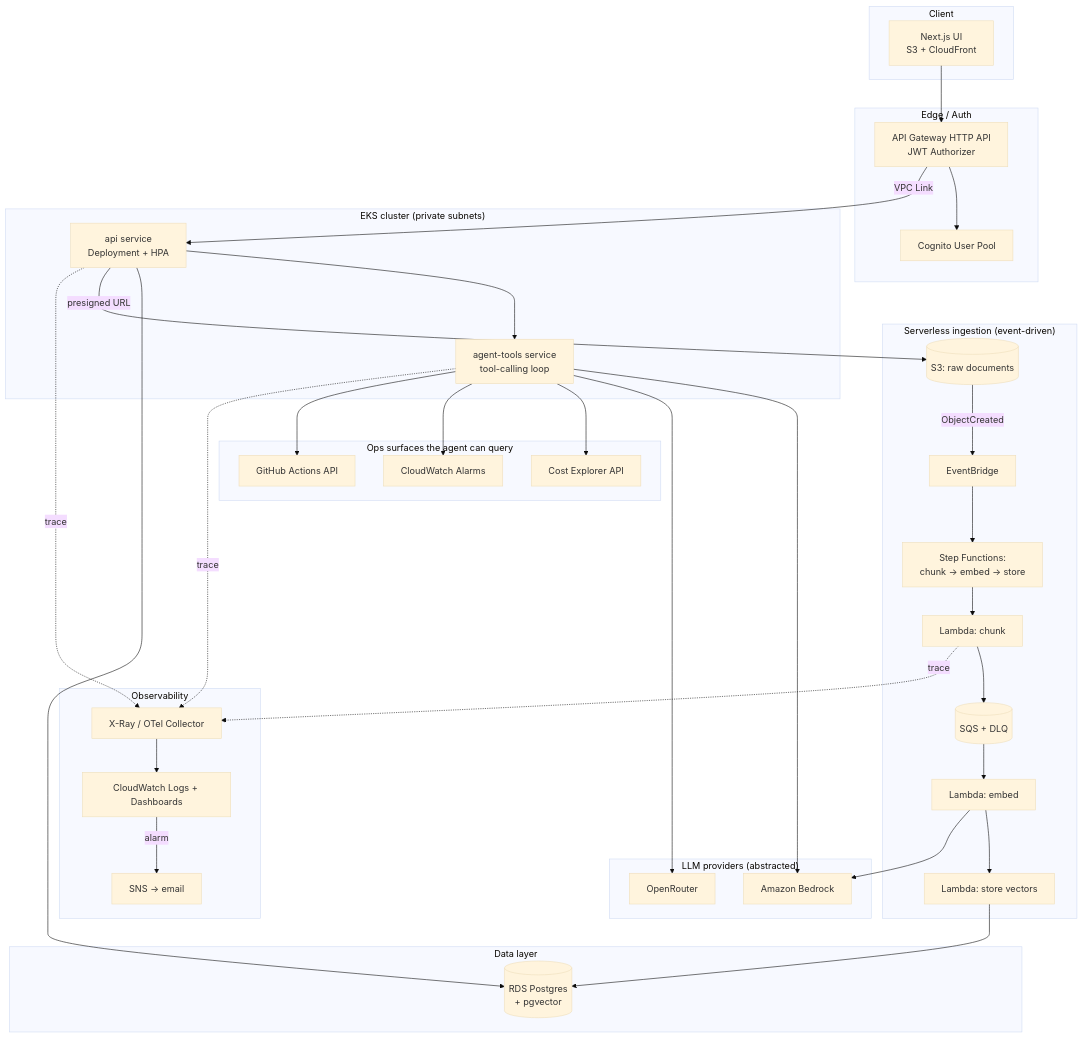
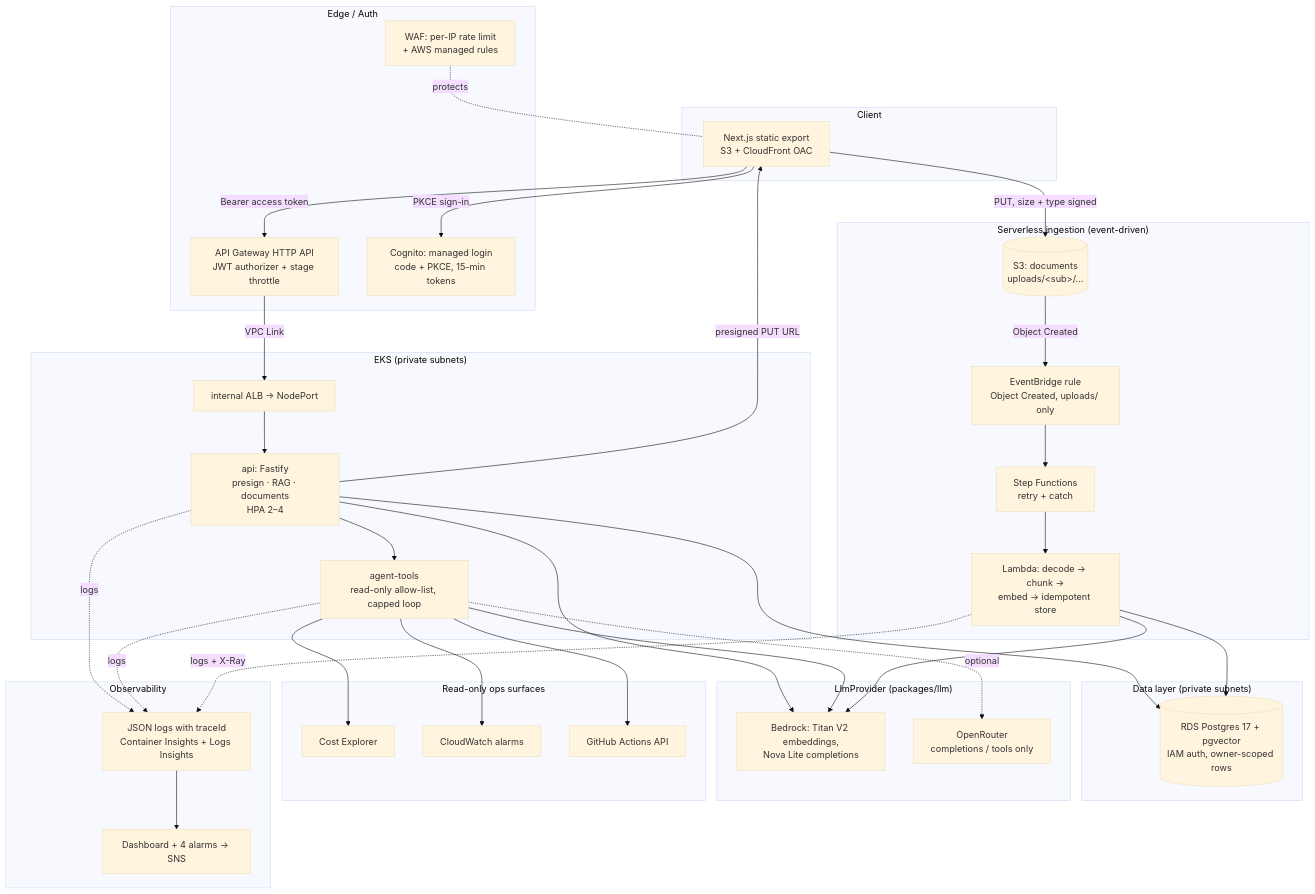
One commit to nephast/compass changed the diagram in docs/ARCHITECTURE.md. Above: the diagram before and after it, drawn with Mermaid (base theme). The commit also changed other lines of this file and 20 other files, not shown here.

First line of the commit message:
docs: scaling, runbooks, IAM audit, cost report, teardown verification (COMPASS-29, 31, 33, 34, 35, 37, 38, 39, #53)

````diff
--- a/docs/ARCHITECTURE.md
+++ b/docs/ARCHITECTURE.md
@@ -5,70 +5,68 @@
 ```mermaid
 flowchart TB
     subgraph Client
-        FE[Next.js UI<br/>S3 + CloudFront]
+        FE[Next.js static export<br/>S3 + CloudFront OAC]
     end
 
     subgraph Edge["Edge / Auth"]
-        APIGW[API Gateway HTTP API<br/>JWT Authorizer]
-        COGNITO[Cognito User Pool]
+        WAF[WAF: per-IP rate limit<br/>+ AWS managed rules]
+        APIGW[API Gateway HTTP API<br/>JWT authorizer + stage throttle]
+        COGNITO[Cognito: managed login<br/>code + PKCE, 15-min tokens]
     end
 
     subgraph Ingestion["Serverless ingestion (event-driven)"]
-        S3DOCS[(S3: raw documents)]
-        EB[EventBridge]
-        SFN[Step Functions:<br/>chunk → embed → store]
-        SQS[(SQS + DLQ)]
-        LCHUNK[Lambda: chunk]
-        LEMBED[Lambda: embed]
-        LSTORE[Lambda: store vectors]
+        S3DOCS[(S3: documents<br/>uploads/&lt;sub&gt;/...)]
+        EB[EventBridge rule<br/>Object Created, uploads/ only]
+        SFN[Step Functions<br/>retry + catch]
+        LINGEST[Lambda: decode → chunk →<br/>embed → idempotent store]
     end
 
-    subgraph Data["Data layer"]
-        RDS[(RDS Postgres<br/>+ pgvector)]
+    subgraph Data["Data layer (private subnets)"]
+        RDS[(RDS Postgres 17 + pgvector<br/>IAM auth, owner-scoped rows)]
     end
 
-    subgraph Compute["EKS cluster (private subnets)"]
-        API[api service<br/>Deployment + HPA]
-        AGENT[agent-tools service<br/>tool-calling loop]
+    subgraph Compute["EKS (private subnets)"]
+        ALB[internal ALB → NodePort]
+        API[api: Fastify<br/>presign · RAG · documents<br/>HPA 2–4]
+        AGENT[agent-tools<br/>read-only allow-list, capped loop]
     end
 
-    subgraph AI["LLM providers (abstracted)"]
-        BEDROCK[Amazon Bedrock]
-        OPENROUTER[OpenRouter]
+    subgraph AI["LlmProvider (packages/llm)"]
+        BEDROCK[Bedrock: Titan V2 embeddings,<br/>Nova Lite completions]
+        OPENROUTER[OpenRouter<br/>completions / tools only]
     end
 
-    subgraph Ops["Ops surfaces the agent can query"]
-        COST[Cost Explorer API]
-        CW[CloudWatch Alarms]
+    subgraph Ops["Read-only ops surfaces"]
+        COST[Cost Explorer]
+        CW[CloudWatch alarms]
         GHA[GitHub Actions API]
     end
 
     subgraph Observability
-        XRAY[X-Ray / OTel Collector]
-        CWLOGS[CloudWatch Logs + Dashboards]
-        SNS[SNS → email]
+        LOGS[JSON logs with traceId<br/>Container Insights + Logs Insights]
+        DASH[Dashboard + 4 alarms → SNS]
     end
 
-    FE --> APIGW
-    APIGW --> COGNITO
-    APIGW -->|VPC Link| API
+    WAF -.protects.- FE
+    FE -->|PKCE sign-in| COGNITO
+    FE -->|Bearer access token| APIGW
+    APIGW -->|VPC Link| ALB --> API
+    API -->|presigned PUT URL| FE
+    FE -->|PUT, size + type signed| S3DOCS
+    API --> RDS
     API --> AGENT
+    API --> BEDROCK
     AGENT --> BEDROCK
-    AGENT --> OPENROUTER
+    AGENT -.optional.-> OPENROUTER
     AGENT --> COST
     AGENT --> CW
     AGENT --> GHA
-    API --> RDS
-    API -->|presigned URL| S3DOCS
 
-    S3DOCS -->|ObjectCreated| EB
-    EB --> SFN
-    SFN --> LCHUNK --> SQS --> LEMBED --> LSTORE --> RDS
-    LEMBED --> BEDROCK
+    S3DOCS -->|Object Created| EB --> SFN --> LINGEST --> RDS
+    LINGEST --> BEDROCK
 
-    API -.trace.-> XRAY
-    AGENT -.trace.-> XRAY
-    LCHUNK -.trace.-> XRAY
-    XRAY --> CWLOGS
-    CWLOGS -->|alarm| SNS
+    API -.logs.-> LOGS
+    AGENT -.logs.-> LOGS
+    LINGEST -.logs + X-Ray.-> LOGS
+    LOGS --> DASH
 ```
````
